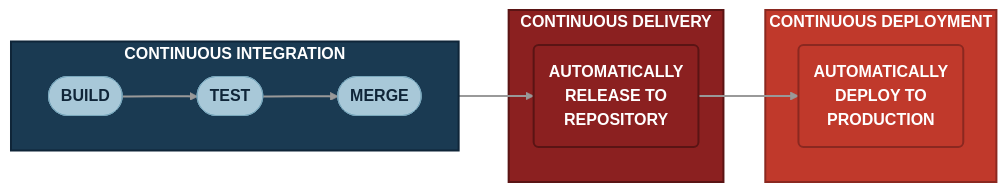
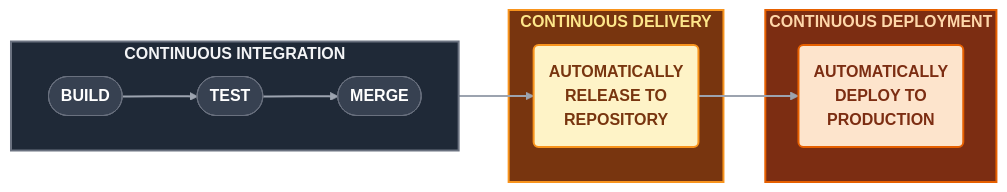
The fourth of 9 diagrams in slides/pages/part-1.md (PuttTim/orbital-26-deployment-workshop), drawn with Mermaid before and after one commit. The commit also changed other lines of this file and 1 other file, not shown here.

````diff
--- a/slides/pages/part-1.md
+++ b/slides/pages/part-1.md
@@ -361,26 +360,27 @@
 ```mermaid {scale: 0.7}
 flowchart LR
     subgraph CI["<b>CONTINUOUS INTEGRATION</b>"]
         direction LR
         B([BUILD]) --> T([TEST]) --> M([MERGE])
     end
     subgraph CDel["<b>CONTINUOUS DELIVERY</b>"]
         R("AUTOMATICALLY<br/>RELEASE TO<br/>REPOSITORY")
     end
     subgraph CDep["<b>CONTINUOUS DEPLOYMENT</b>"]
         D("AUTOMATICALLY<br/>DEPLOY TO<br/>PRODUCTION")
     end
     M ==> R ==> D
 
-    classDef ciBox fill:#1a3a52,color:#fff,stroke:#0f2538,stroke-width:2px
-    classDef ciStep fill:#a8c8d8,color:#0f2538,stroke:#7ba8bd,stroke-width:1px,font-weight:bold
-    classDef delBox fill:#8b2020,color:#fff,stroke:#5a1414,stroke-width:2px,font-weight:bold
-    classDef depBox fill:#c0392b,color:#fff,stroke:#8b2820,stroke-width:2px,font-weight:bold
+    classDef ciStep fill:#374151,color:#ffffff,stroke:#6b7280,stroke-width:1px,font-weight:bold
+    classDef delStep fill:#fef3c7,color:#78350f,stroke:#f8941d,stroke-width:2px,font-weight:bold
+    classDef depStep fill:#fde4cc,color:#7c2d12,stroke:#e66000,stroke-width:2px,font-weight:bold
 
-    class CI ciBox
+    style CI fill:#1f2937,stroke:#6b7280,stroke-width:2px,color:#f3f4f6
+    style CDel fill:#78350f,stroke:#f8941d,stroke-width:2px,color:#fde68a
+    style CDep fill:#7c2d12,stroke:#e66000,stroke-width:2px,color:#fed7aa
+
     class B,T,M ciStep
-    class CDel,R delBox
-    class CDep,D depBox
-
-    linkStyle default stroke:#999,stroke-width:2px
+    class R delStep
+    class D depStep
+    linkStyle default stroke:#9ca3af,stroke-width:2px
 ```
````
